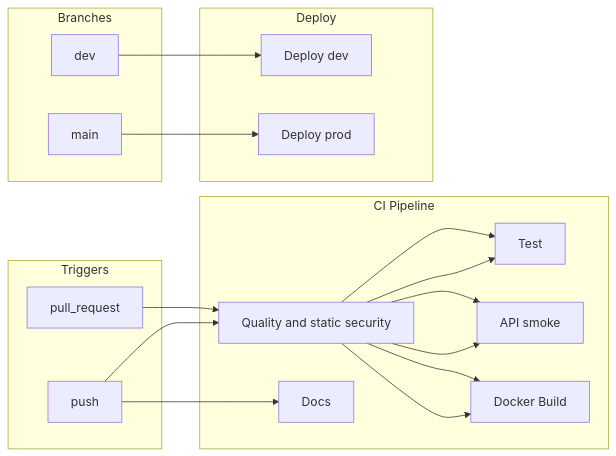
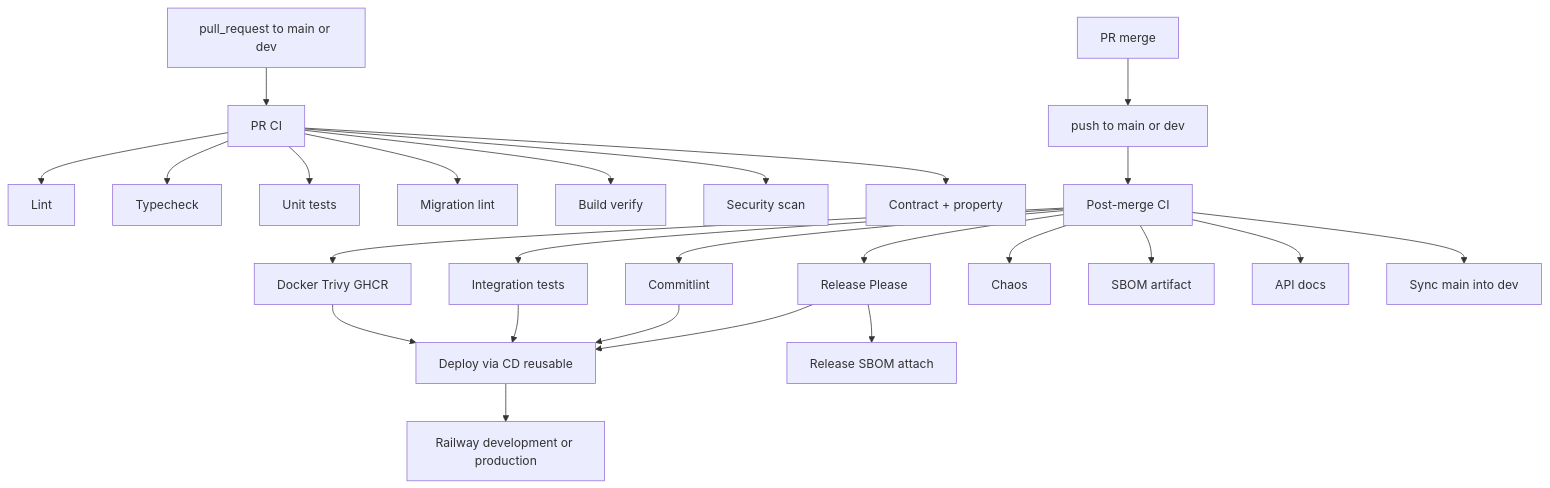
One commit to nikunjmavani/core-be changed the first of 6 diagrams in docs/deployment/ci-cd/cicd-and-deployment.md. Above: the diagram before and after it, drawn with Mermaid. The commit also changed other lines of this file and 56 other files, not shown here.

First line of the commit message:
ci: split PR/post-merge lanes, automate restore drill, sync Neon env vars

````diff
--- a/docs/deployment/ci-cd/cicd-and-deployment.md
+++ b/docs/deployment/ci-cd/cicd-and-deployment.md
@@ -11,37 +11,32 @@
 ```mermaid
-flowchart LR
-  subgraph triggers [Triggers]
-    PR[pull_request]
-    Push[push]
-  end
+flowchart TD
+  PR[pull_request to main or dev] --> PRCI[PR CI]
+  PRCI --> Lint[Lint]
+  PRCI --> Typecheck[Typecheck]
+  PRCI --> Unit[Unit tests]
+  PRCI --> MigLint[Migration lint]
+  PRCI --> BuildVerify[Build verify]
+  PRCI --> Sec[Security scan]
+  PRCI --> Contract[Contract + property]
 
-  subgraph branches [Branches]
-    main[main]
-    dev[dev]
-  end
+  Merge[PR merge] --> Push[push to main or dev]
+  Push --> PostMerge[Post-merge CI]
 
-  subgraph ci [CI Pipeline]
-    Quality[Quality and static security]
-    Test[Test]
-    ApiSmoke[API smoke]
-    Docker[Docker Build]
-    Docs[Docs]
-  end
+  PostMerge --> Commitlint[Commitlint]
+  PostMerge --> ReleasePlease[Release Please]
+  PostMerge --> Integration[Integration tests]
+  PostMerge --> Docker[Docker Trivy GHCR]
+  PostMerge --> Chaos[Chaos]
+  PostMerge --> SBOM[SBOM artifact]
+  PostMerge --> APIDocs[API docs]
+  PostMerge --> SyncMain[Sync main into dev]
 
-  subgraph deploy [Deploy]
-    DevDeploy[Deploy dev]
-    ProdDeploy[Deploy prod]
-  end
+  Docker --> Deploy[Deploy via CD reusable]
+  Integration --> Deploy
+  Commitlint --> Deploy
+  ReleasePlease --> Deploy
 
-  PR --> Quality
-  Quality --> Test
-  Quality --> ApiSmoke
-  Quality --> Docker
-  Push --> Quality
-  Quality --> Test
-  Quality --> ApiSmoke
-  Quality --> Docker
-  Push --> Docs
-  dev --> DevDeploy
-  main --> ProdDeploy
+  Deploy --> Railway[Railway development or production]
+
+  ReleasePlease --> ReleaseSBOM[Release SBOM attach]
 ```
````
